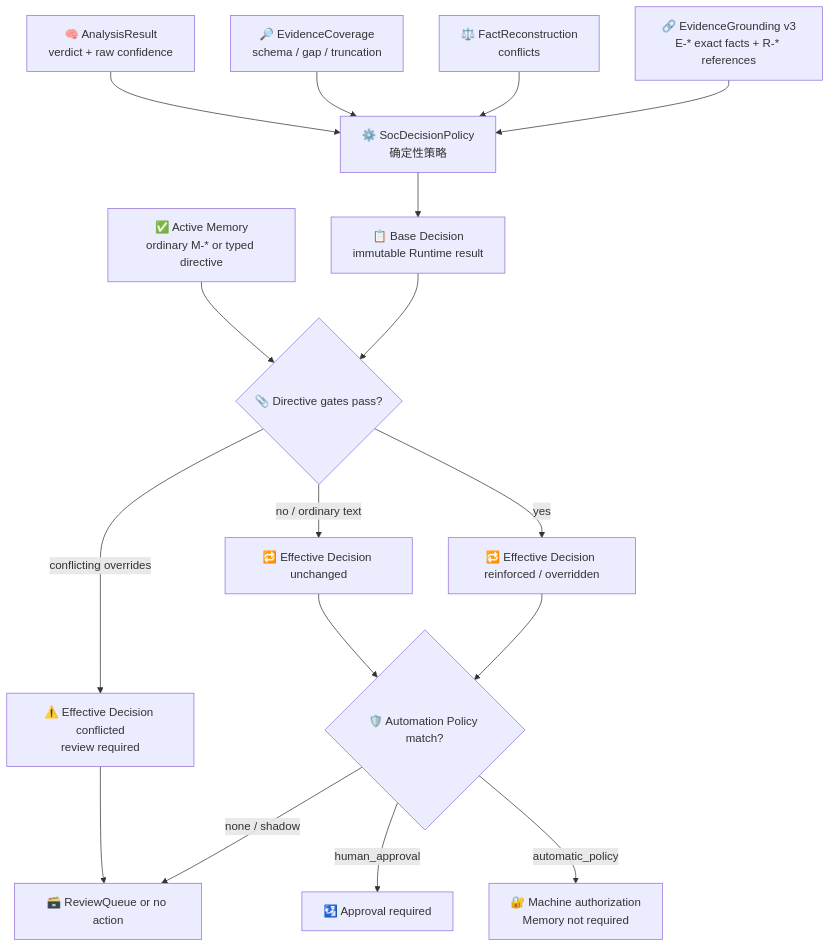
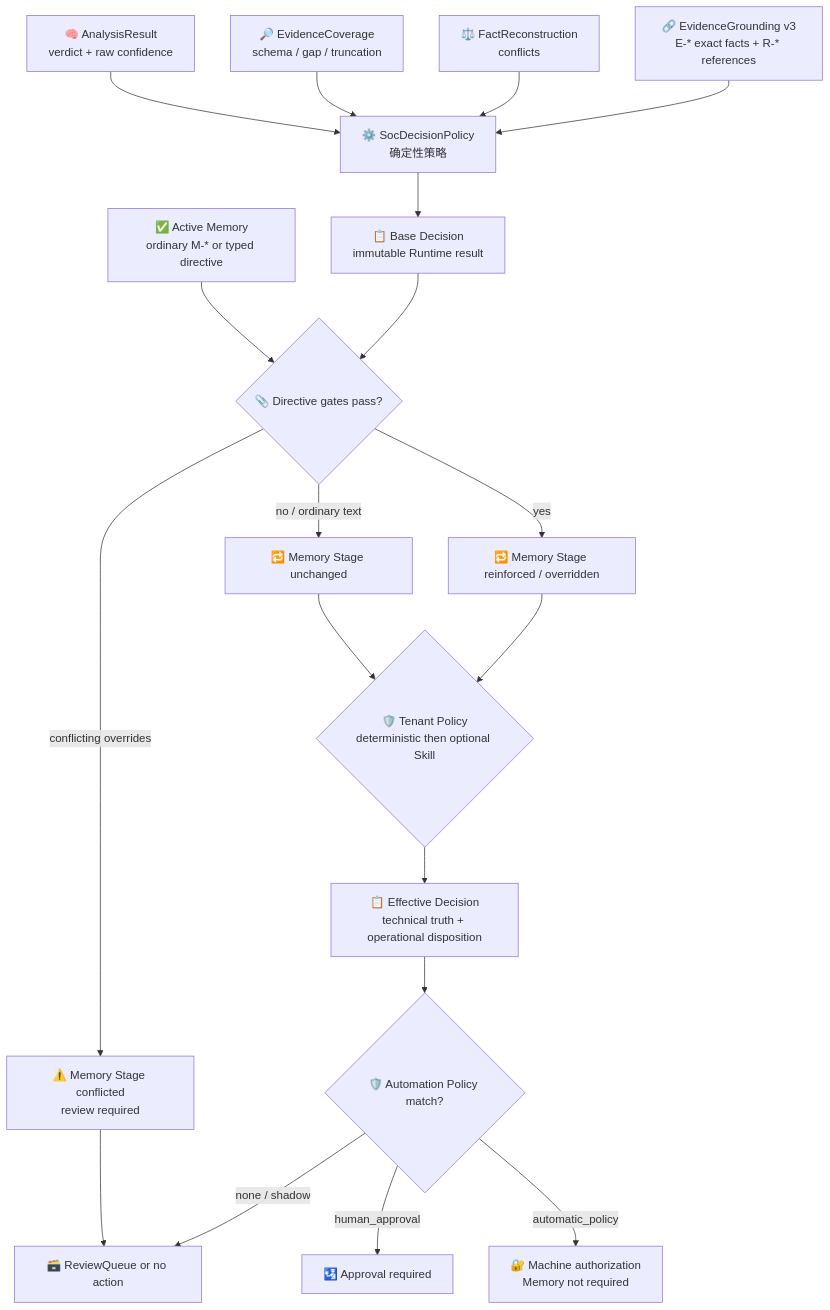
Before and after one commit to yydspanda/deer-flow: the fifth of 23 diagrams in .notes/ai_soc/alert-lifecycle-flow.md, drawn with Mermaid. The commit also changed other lines of this file and 39 other files, not shown here.

Commit message:
feat(soc): govern tenant policy decision stages

````diff
--- a/.notes/ai_soc/alert-lifecycle-flow.md
+++ b/.notes/ai_soc/alert-lifecycle-flow.md
@@ -320,19 +332,21 @@
 ```mermaid
 flowchart TD
     A["🧠 AnalysisResult<br/>verdict + raw confidence"] --> B["⚙️ SocDecisionPolicy<br/>确定性策略"]
     C["🔎 EvidenceCoverage<br/>schema / gap / truncation"] --> B
     D["⚖️ FactReconstruction<br/>conflicts"] --> B
     GR["🔗 EvidenceGrounding v3<br/>E-* exact facts + R-* references"] --> B
     B --> E["📋 Base Decision<br/>immutable Runtime result"]
     M["✅ Active Memory<br/>ordinary M-* or typed directive"] --> T{"📎 Directive gates pass?"}
     E --> T
-    T -->|"no / ordinary text"| U["🔁 Effective Decision unchanged"]
-    T -->|"yes"| V["🔁 Effective Decision reinforced / overridden"]
-    T -->|"conflicting overrides"| W["⚠️ Effective Decision conflicted<br/>review required"]
-    U --> P{"🛡️ Automation Policy match?"}
-    V --> P
+    T -->|"no / ordinary text"| U["🔁 Memory Stage unchanged"]
+    T -->|"yes"| V["🔁 Memory Stage reinforced / overridden"]
+    T -->|"conflicting overrides"| W["⚠️ Memory Stage conflicted<br/>review required"]
+    U --> TP{"🛡️ Tenant Policy<br/>deterministic then optional Skill"}
+    V --> TP
+    TP --> F["📋 Effective Decision<br/>technical truth + operational disposition"]
+    F --> P{"🛡️ Automation Policy match?"}
     W --> Q
     P -->|"none / shadow"| Q["🗃️ ReviewQueue or no action"]
     P -->|"human_approval"| H["🛂 Approval required"]
     P -->|"automatic_policy"| X["🔐 Machine authorization<br/>Memory not required"]
 ```
````
